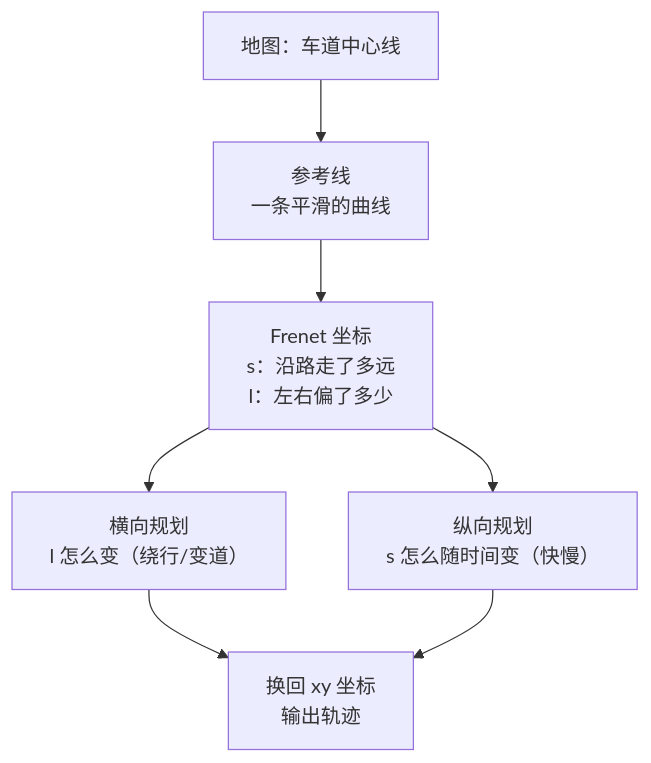
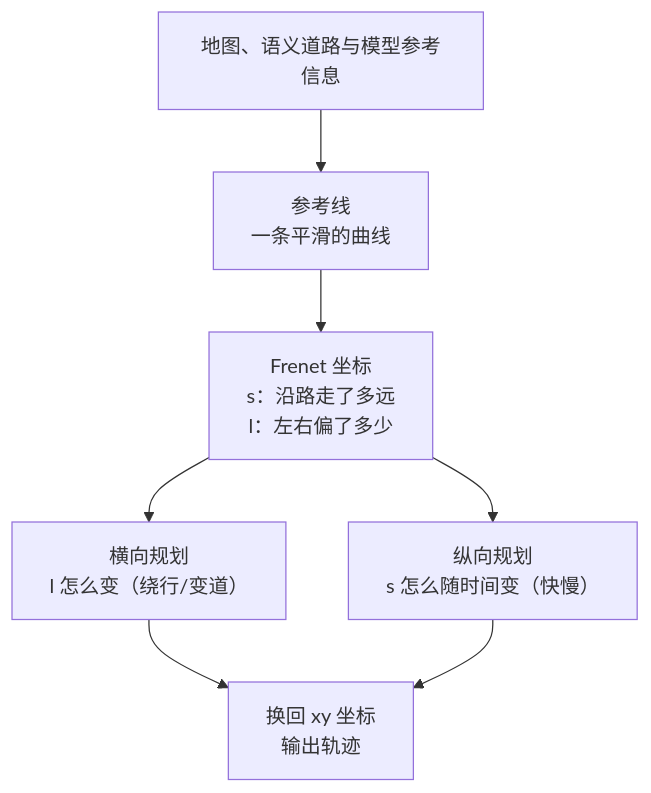
One commit to Franch-Toast/Scriptorium changed the second of 3 diagrams in docs/document/撰修司/E2E架构拆解/07 规划模型：从障碍物到安全轨迹.md. Above: the diagram before and after it, drawn with Mermaid. The commit also changed other lines of this file and 63 other files, not shown here.

````diff
--- a/docs/document/撰修司/E2E架构拆解/07 规划模型：从障碍物到安全轨迹.md
+++ b/docs/document/撰修司/E2E架构拆解/07 规划模型：从障碍物到安全轨迹.md
@@ -71,9 +73,9 @@
 ```mermaid
 flowchart TB
-    M["地图：车道中心线"] --> R["参考线<br/>一条平滑的曲线"]
+    M["地图、语义道路与模型参考信息"] --> R["参考线<br/>一条平滑的曲线"]
     R --> F["Frenet 坐标<br/>s：沿路走了多远<br/>l：左右偏了多少"]
     F --> G1["横向规划<br/>l 怎么变（绕行/变道）"]
     F --> G2["纵向规划<br/>s 怎么随时间变（快慢）"]
     G1 --> H["换回 xy 坐标<br/>输出轨迹"]
     G2 --> H
 ```
````
